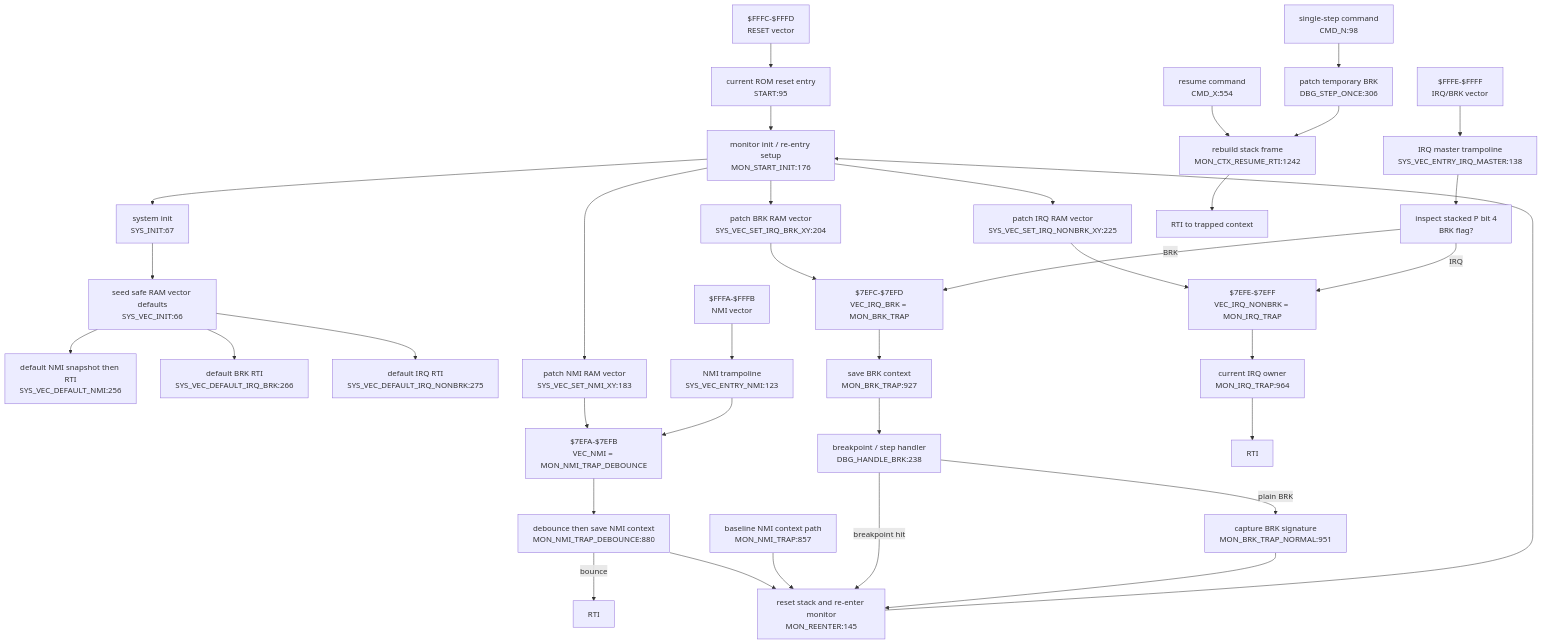
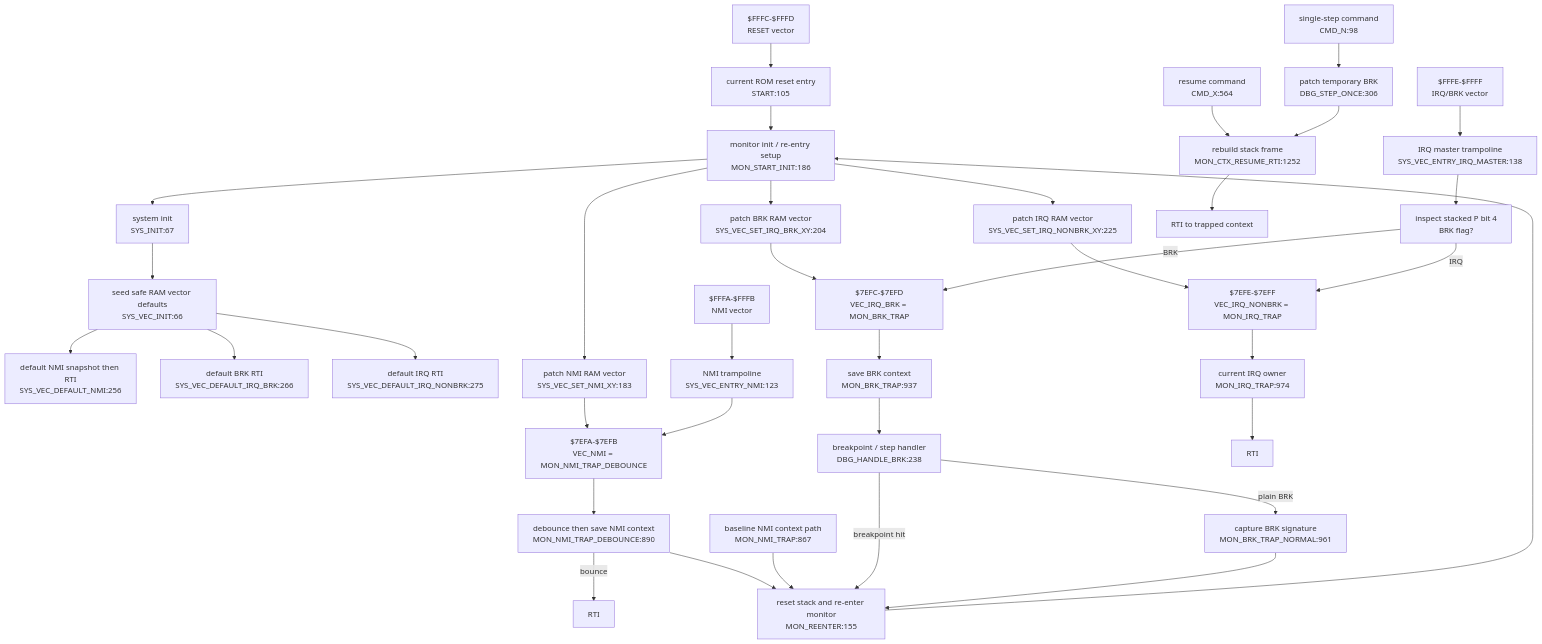
One commit to 95westus/R-YORS changed the diagram in DOC/GENERATED/INTERRUPT_VECTOR_MAP.md. Above: the diagram before and after it, drawn with Mermaid. The commit also changed other lines of this file and 180 other files, not shown here.

````diff
--- a/DOC/GENERATED/INTERRUPT_VECTOR_MAP.md
+++ b/DOC/GENERATED/INTERRUPT_VECTOR_MAP.md
@@ -25,42 +25,42 @@
 ```mermaid
 flowchart TD
-    RESETV["$FFFC-$FFFD<br/>RESET vector"] --> STARTN["current ROM reset entry<br/>START:95"]
-    STARTN --> INIT["monitor init / re-entry setup<br/>MON_START_INIT:176"]
+    RESETV["$FFFC-$FFFD<br/>RESET vector"] --> STARTN["current ROM reset entry<br/>START:105"]
+    STARTN --> INIT["monitor init / re-entry setup<br/>MON_START_INIT:186"]
     INIT --> SYSINIT["system init<br/>SYS_INIT:67"]
     SYSINIT --> VECINIT["seed safe RAM vector defaults<br/>SYS_VEC_INIT:66"]
     VECINIT --> DEFNMI["default NMI snapshot then RTI<br/>SYS_VEC_DEFAULT_NMI:256"]
     VECINIT --> DEFBRK["default BRK RTI<br/>SYS_VEC_DEFAULT_IRQ_BRK:266"]
     VECINIT --> DEFIRQ["default IRQ RTI<br/>SYS_VEC_DEFAULT_IRQ_NONBRK:275"]
 
     INIT --> SETNMI["patch NMI RAM vector<br/>SYS_VEC_SET_NMI_XY:183"]
     INIT --> SETBRK["patch BRK RAM vector<br/>SYS_VEC_SET_IRQ_BRK_XY:204"]
     INIT --> SETIRQ["patch IRQ RAM vector<br/>SYS_VEC_SET_IRQ_NONBRK_XY:225"]
     SETNMI --> VECNMI["$7EFA-$7EFB<br/>VEC_NMI = MON_NMI_TRAP_DEBOUNCE"]
     SETBRK --> VECBRK["$7EFC-$7EFD<br/>VEC_IRQ_BRK = MON_BRK_TRAP"]
     SETIRQ --> VECIRQ["$7EFE-$7EFF<br/>VEC_IRQ_NONBRK = MON_IRQ_TRAP"]
 
     NMIV["$FFFA-$FFFB<br/>NMI vector"] --> NMIENTRY["NMI trampoline<br/>SYS_VEC_ENTRY_NMI:123"]
     NMIENTRY --> VECNMI
-    VECNMI --> NMITRAP["debounce then save NMI context<br/>MON_NMI_TRAP_DEBOUNCE:880"]
+    VECNMI --> NMITRAP["debounce then save NMI context<br/>MON_NMI_TRAP_DEBOUNCE:890"]
     NMITRAP -->|bounce| RTINMI["RTI"]
-    NMITRAP --> REENTER["reset stack and re-enter monitor<br/>MON_REENTER:145"]
-    NMIBASE["baseline NMI context path<br/>MON_NMI_TRAP:857"] --> REENTER
+    NMITRAP --> REENTER["reset stack and re-enter monitor<br/>MON_REENTER:155"]
+    NMIBASE["baseline NMI context path<br/>MON_NMI_TRAP:867"] --> REENTER
     REENTER --> INIT
 
     IRQV["$FFFE-$FFFF<br/>IRQ/BRK vector"] --> IRQMASTER["IRQ master trampoline<br/>SYS_VEC_ENTRY_IRQ_MASTER:138"]
     IRQMASTER --> SPLIT["inspect stacked P bit 4<br/>BRK flag?"]
     SPLIT -->|BRK| VECBRK
     SPLIT -->|IRQ| VECIRQ
-    VECBRK --> BRKTRAP["save BRK context<br/>MON_BRK_TRAP:927"]
+    VECBRK --> BRKTRAP["save BRK context<br/>MON_BRK_TRAP:937"]
     BRKTRAP --> DBGBRK["breakpoint / step handler<br/>DBG_HANDLE_BRK:238"]
     DBGBRK -->|breakpoint hit| REENTER
-    DBGBRK -->|plain BRK| BRKNORMAL["capture BRK signature<br/>MON_BRK_TRAP_NORMAL:951"]
+    DBGBRK -->|plain BRK| BRKNORMAL["capture BRK signature<br/>MON_BRK_TRAP_NORMAL:961"]
     BRKNORMAL --> REENTER
-    VECIRQ --> IRQTRAP["current IRQ owner<br/>MON_IRQ_TRAP:964"]
+    VECIRQ --> IRQTRAP["current IRQ owner<br/>MON_IRQ_TRAP:974"]
     IRQTRAP --> RTIIRQ["RTI"]
 
-    CMDX["resume command<br/>CMD_X:554"] --> RESUME["rebuild stack frame<br/>MON_CTX_RESUME_RTI:1242"]
+    CMDX["resume command<br/>CMD_X:564"] --> RESUME["rebuild stack frame<br/>MON_CTX_RESUME_RTI:1252"]
     CMDN["single-step command<br/>CMD_N:98"] --> STEP["patch temporary BRK<br/>DBG_STEP_ONCE:306"]
     STEP --> RESUME
     RESUME --> RTIRES["RTI to trapped context"]
 ```
````
